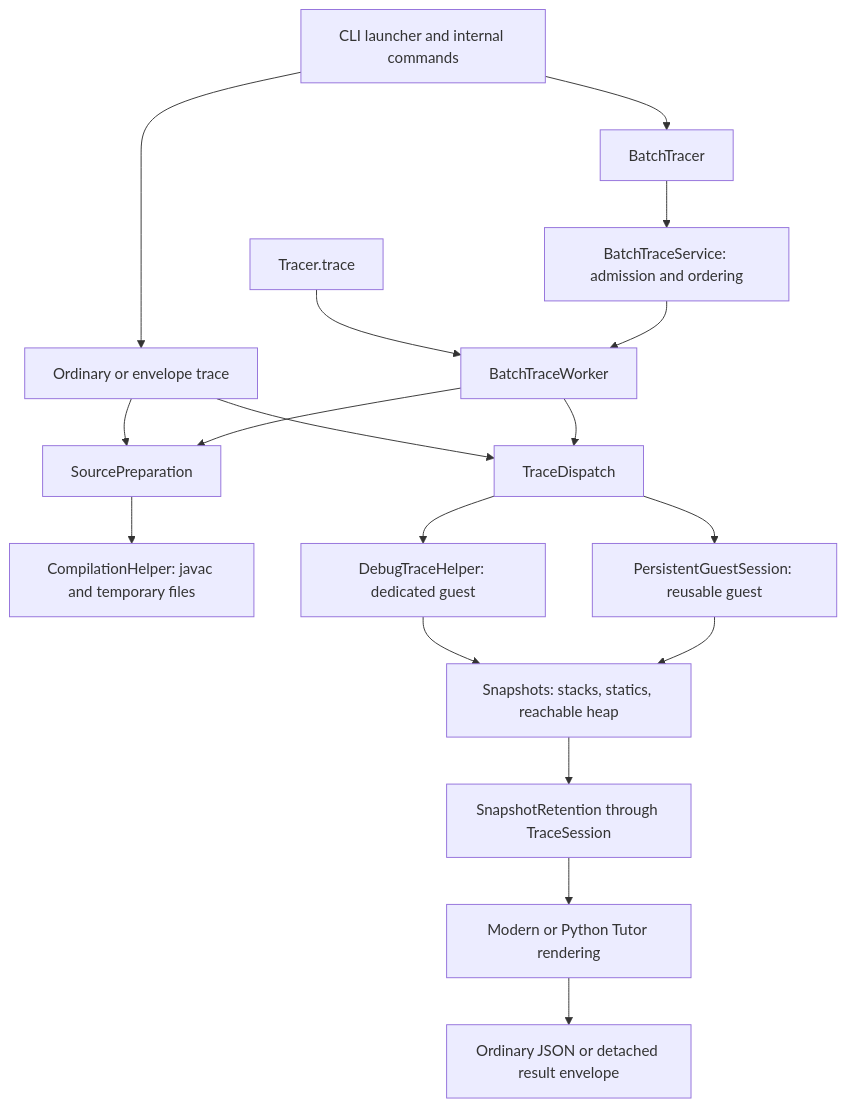
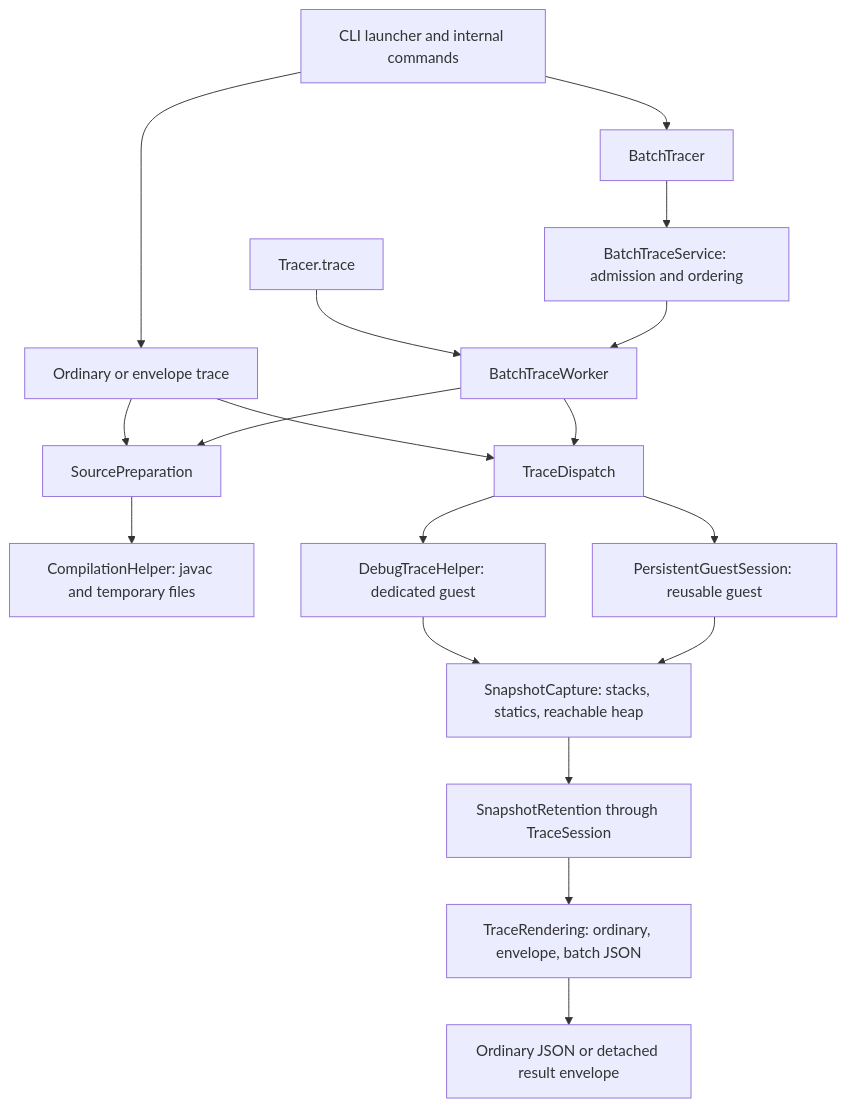
One commit to cs1302uga/cs1302-tracer changed the diagram in docs/contributing/architecture.md. Above: the diagram before and after it, drawn with Mermaid. The commit also changed other lines of this file and 71 other files, not shown here.

````diff
--- a/docs/contributing/architecture.md
+++ b/docs/contributing/architecture.md
@@ -20,20 +20,20 @@
 ```mermaid
 flowchart TD
     CLI[CLI launcher and internal commands] --> Ordinary[Ordinary or envelope trace]
     CLI --> Batch[BatchTracer]
     Java[Tracer.trace] --> Worker[BatchTraceWorker]
     Batch --> Pool[BatchTraceService: admission and ordering]
     Pool --> Worker
     Ordinary --> Preparation[SourcePreparation]
     Worker --> Preparation
     Preparation --> Compiler[CompilationHelper: javac and temporary files]
     Ordinary --> Dispatch[TraceDispatch]
     Worker --> Dispatch
     Dispatch --> Dedicated[DebugTraceHelper: dedicated guest]
     Dispatch --> Persistent[PersistentGuestSession: reusable guest]
-    Dedicated --> Capture[Snapshots: stacks, statics, reachable heap]
+    Dedicated --> Capture[SnapshotCapture: stacks, statics, reachable heap]
     Persistent --> Capture
     Capture --> Retention[SnapshotRetention through TraceSession]
-    Retention --> Render[Modern or Python Tutor rendering]
+    Retention --> Render[TraceRendering: ordinary, envelope, batch JSON]
     Render --> Result[Ordinary JSON or detached result envelope]
 ```
````
